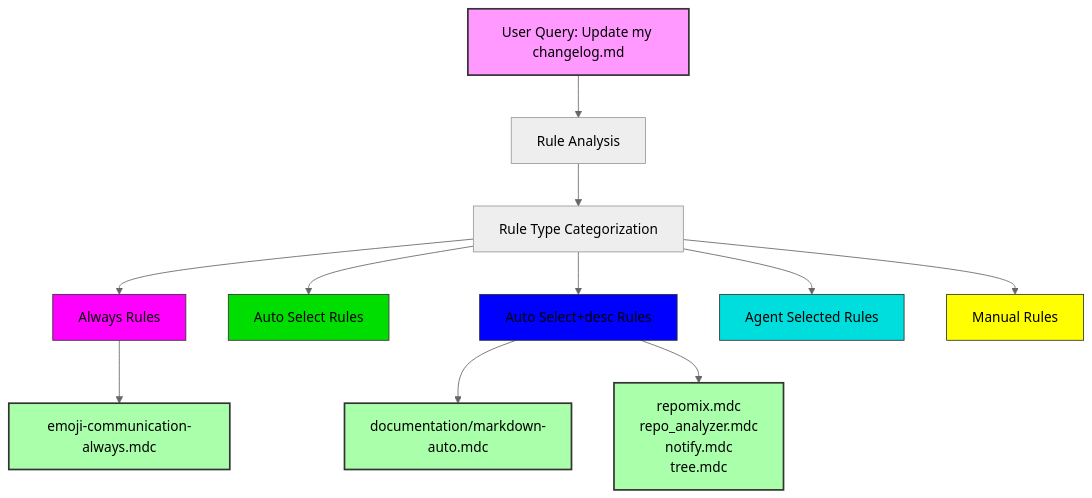
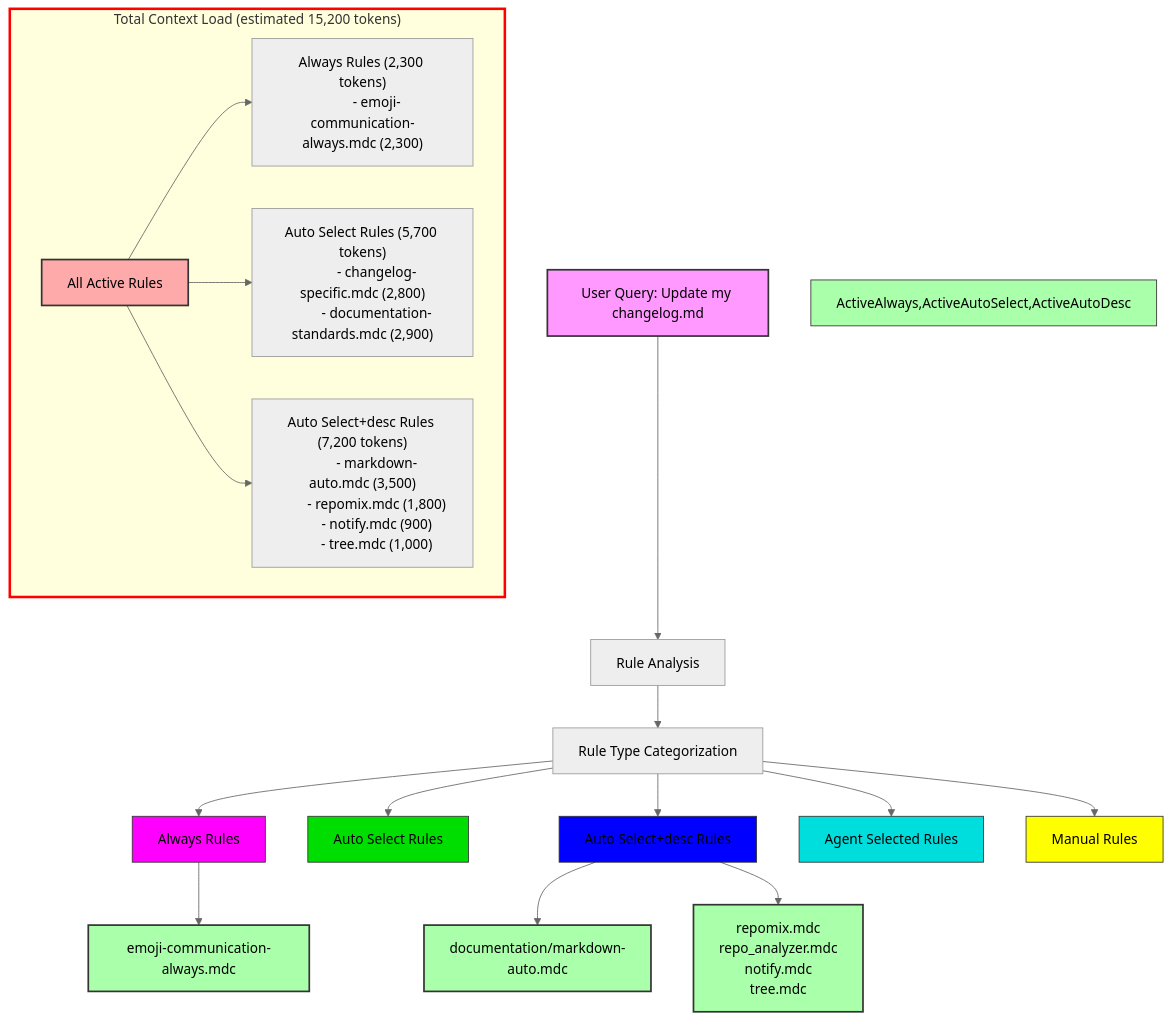
Before and after one commit to bossjones/codegen-lab: the diagram in .cursor/rules/workflows/workflow-rule-visualization-agent-manual.mdc, drawn with Mermaid (neutral theme). The commit also changed other lines of this file and 1 other file, not shown here.

Commit message:
feat: Update Cursor Rules Context Audit with context load analysis and recommendations
- Revised the `debugging_rules_mermaid.md` to reflect the current cursor rules in the production environment, including a detailed context load analysis.
- Added a new subgraph summarizing total context load and active rules, enhancing understanding of rule impact on performance.
- Included recommendations for optimizing rule usage and reducing context bloat, focusing on consolidating overlapping rules and converting infrequently used rules to manual invocation.
- Enhanced the `workflow-rule-visualization-agent-manual.mdc` with a context load summary subgraph to visualize active rules and their token contributions.

````diff
--- a/.cursor/rules/workflows/workflow-rule-visualization-agent-manual.mdc
+++ b/.cursor/rules/workflows/workflow-rule-visualization-agent-manual.mdc
@@ -127,30 +128,49 @@
 ```mermaid
 flowchart TD
     Query["User Query: Update my changelog.md"] --> Analysis["Rule Analysis"]
 
     Analysis --> RuleTypes["Rule Type Categorization"]
 
     RuleTypes --> Always["Always Rules"]
     RuleTypes --> AutoSelect["Auto Select Rules"]
     RuleTypes --> AutoSelectDesc["Auto Select+desc Rules"]
     RuleTypes --> AgentSelected["Agent Selected Rules"]
     RuleTypes --> Manual["Manual Rules"]
 
     Always --> AlwaysRules["emoji-communication-always.mdc"]
 
     AutoSelectDesc --> MarkdownRules["documentation/markdown-auto.mdc"]
     AutoSelectDesc --> GeneralRules["repomix.mdc
     repo_analyzer.mdc
     notify.mdc
     tree.mdc"]
 
+    %% Add context load summary subgraph
+    subgraph ContextLoad["Total Context Load (estimated 15,200 tokens)"]
+        AllActiveRules["All Active Rules"] --> ActiveAlways["Always Rules (2,300 tokens)
+        - emoji-communication-always.mdc (2,300)"]
+
+        AllActiveRules --> ActiveAutoSelect["Auto Select Rules (5,700 tokens)
+        - changelog-specific.mdc (2,800)
+        - documentation-standards.mdc (2,900)"]
+
+        AllActiveRules --> ActiveAutoDesc["Auto Select+desc Rules (7,200 tokens)
+        - markdown-auto.mdc (3,500)
+        - repomix.mdc (1,800)
+        - notify.mdc (900)
+        - tree.mdc (1,000)"]
+    end
+
     style Query fill:#f9f,stroke:#333,stroke-width:2px
     style Always fill:#f0f,stroke:#333,stroke-width:1px
     style AutoSelect fill:#0d0,stroke:#333,stroke-width:1px
     style AutoSelectDesc fill:#00f,stroke:#333,stroke-width:1px
     style AgentSelected fill:#0dd,stroke:#333,stroke-width:1px
     style Manual fill:#ff0,stroke:#333,stroke-width:1px
+    style ContextLoad fill:#ffd,stroke:#f00,stroke-width:3px
+    style AllActiveRules fill:#faa,stroke:#333,stroke-width:2px
+    style ActiveAlways,ActiveAutoSelect,ActiveAutoDesc fill:#afa,stroke:#333,stroke-width:1px
 
     classDef activated fill:#afa,stroke:#333,stroke-width:2px
     class AlwaysRules,MarkdownRules,GeneralRules activated
 ```
````
